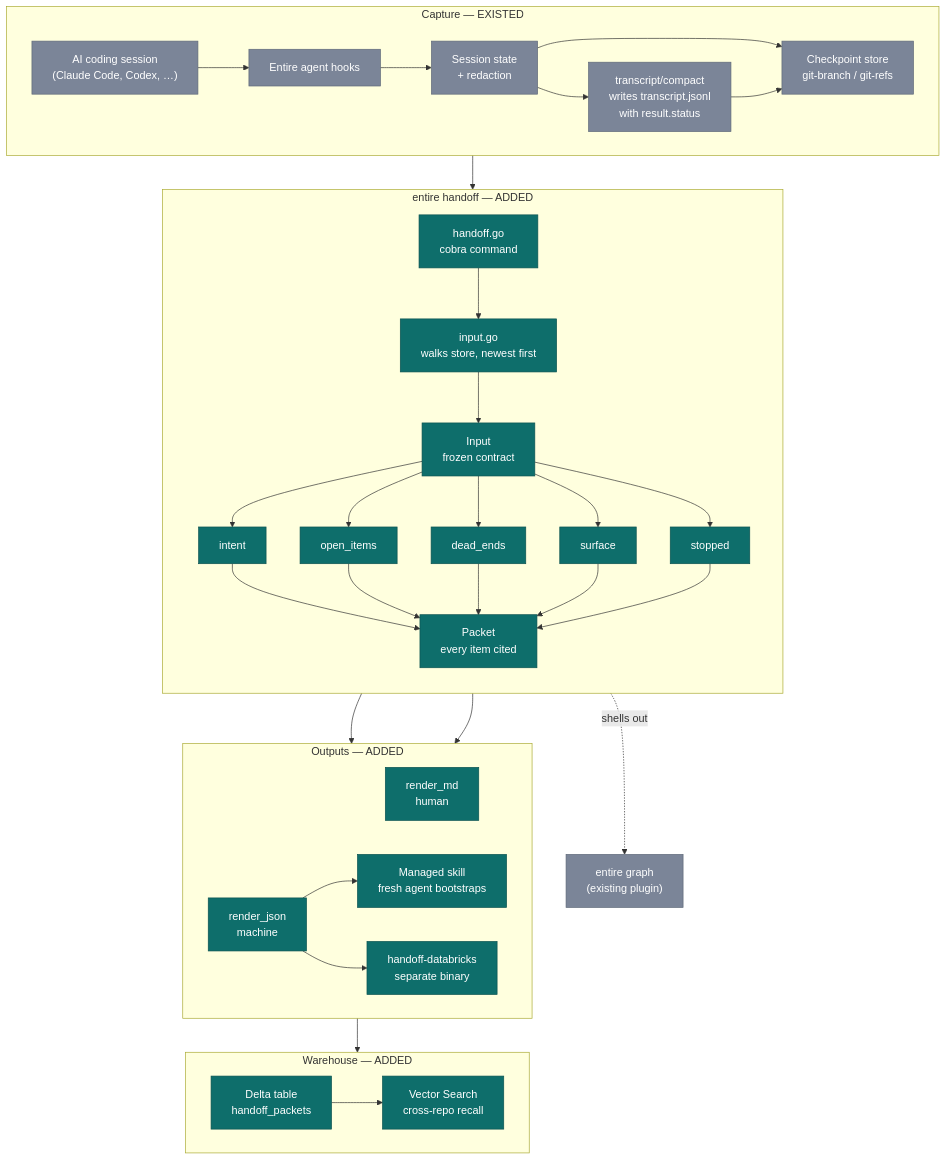
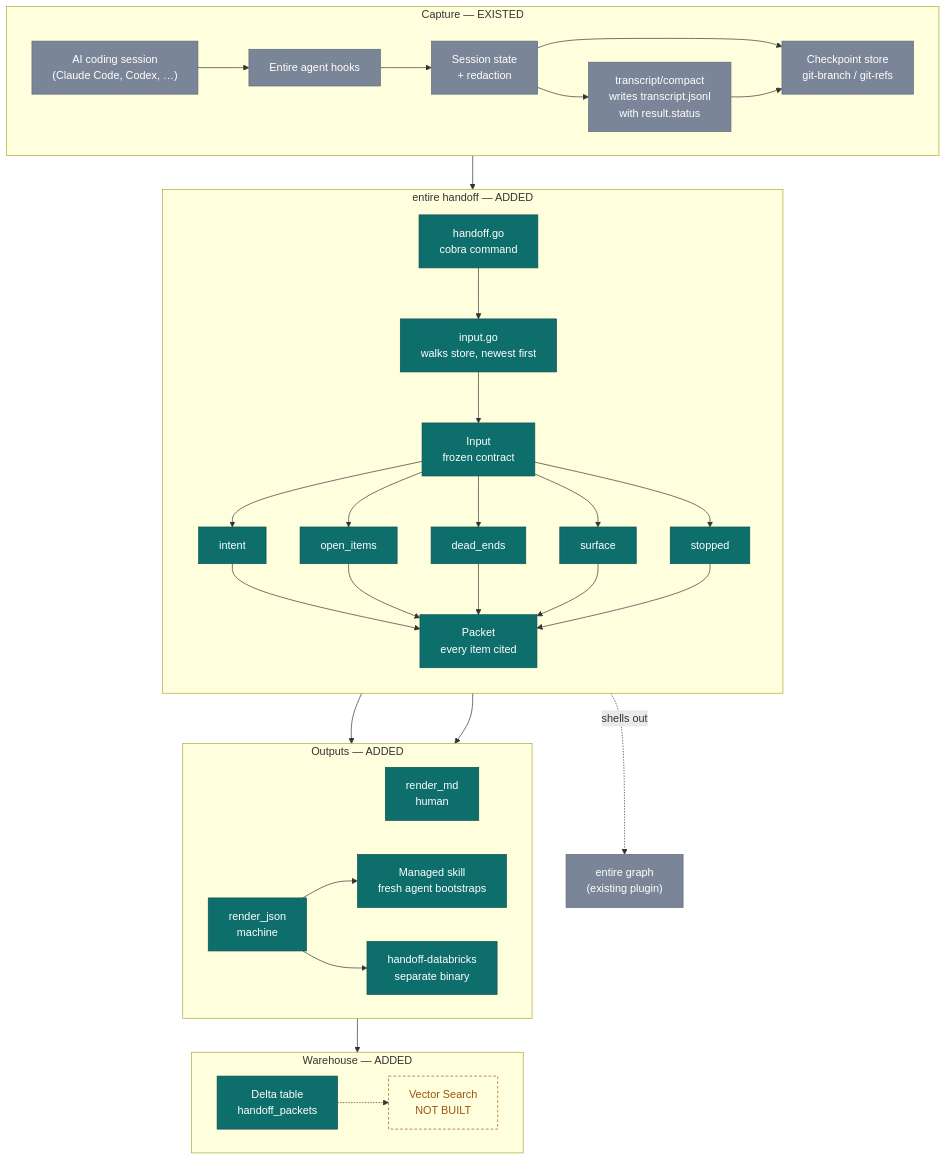
The first of 2 diagrams in docs/architecture/handoff.md (NiharikaPanda09/cli), drawn with Mermaid before and after one commit. The commit also changed other lines of this file and 7 other files, not shown here.

````diff
--- a/docs/architecture/handoff.md
+++ b/docs/architecture/handoff.md
@@ -50,49 +50,51 @@
 ```mermaid
 flowchart TB
     subgraph CAP["Capture — EXISTED"]
         direction LR
         A["AI coding session<br/>(Claude Code, Codex, …)"] --> B["Entire agent hooks"]
         B --> C["Session state<br/>+ redaction"]
         C --> D["transcript/compact<br/>writes transcript.jsonl<br/>with result.status"]
         C --> E["Checkpoint store<br/>git-branch / git-refs"]
         D --> E
     end
 
     subgraph CMD["entire handoff — ADDED"]
         direction TB
         F["handoff.go<br/>cobra command"] --> G["input.go<br/>walks store, newest first"]
         G --> H["Input<br/>frozen contract"]
         H --> I1["intent"]
         H --> I2["open_items"]
         H --> I3["dead_ends"]
         H --> I4["surface"]
         H --> I5["stopped"]
         I1 --> P["Packet<br/>every item cited"]
         I2 --> P
         I3 --> P
         I4 --> P
         I5 --> P
     end
 
     subgraph OUT["Outputs — ADDED"]
         direction LR
         P --> R1["render_md<br/>human"]
         P --> R2["render_json<br/>machine"]
         R2 --> S["Managed skill<br/>fresh agent bootstraps"]
         R2 --> T["handoff-databricks<br/>separate binary"]
     end
 
     subgraph WH["Warehouse — ADDED"]
         direction LR
         T --> U["Delta table<br/>handoff_packets"]
-        U --> V["Vector Search<br/>cross-repo recall"]
+        U -.-> V["Vector Search<br/>NOT BUILT"]
     end
 
     E --> G
     I4 -.->|"shells out"| GR["entire graph<br/>(existing plugin)"]
 
     classDef added fill:#0E6E6B,stroke:#0B5250,color:#FFFFFF
     classDef exist fill:#7B8598,stroke:#5E6878,color:#FFFFFF
     class A,B,C,D,E,GR exist
-    class F,G,H,I1,I2,I3,I4,I5,P,R1,R2,S,T,U,V added
+    classDef todo fill:none,stroke:#9A5410,stroke-dasharray:4 3,color:#9A5410
+    class F,G,H,I1,I2,I3,I4,I5,P,R1,R2,S,T,U added
+    class V todo
 ```
````
